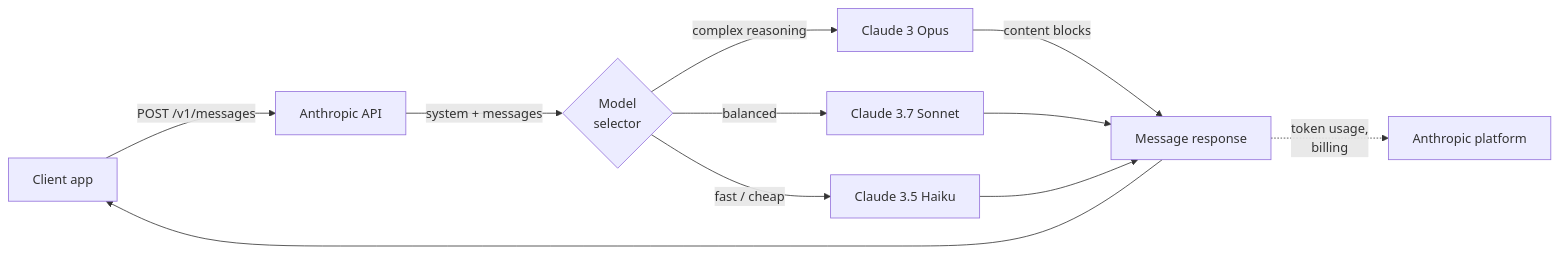
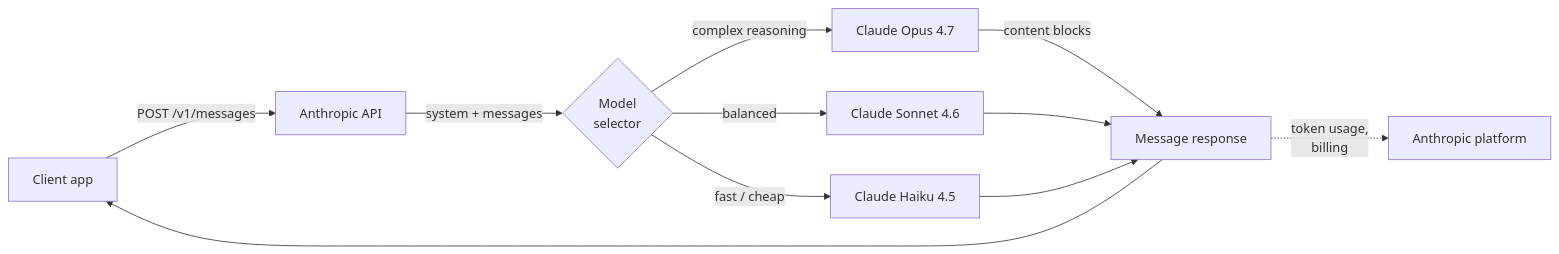
Before and after one commit to EmersonBraun/ai-summary-hub: the first of 3 diagrams in next/content/docs/en/model-providers/anthropic.mdx, drawn with Mermaid. The commit also changed other lines of this file and 211 other files, not shown here.

````diff
--- a/next/content/docs/en/model-providers/anthropic.mdx
+++ b/next/content/docs/en/model-providers/anthropic.mdx
@@ -24,13 +32,13 @@
 ```mermaid
 flowchart LR
   Client[Client app] -->|POST /v1/messages| API[Anthropic API]
   API -->|system + messages| Selector{Model\nselector}
-  Selector -->|complex reasoning| Opus[Claude 3 Opus]
-  Selector -->|balanced| Sonnet[Claude 3.7 Sonnet]
-  Selector -->|fast / cheap| Haiku[Claude 3.5 Haiku]
+  Selector -->|complex reasoning| Opus[Claude Opus 4.7]
+  Selector -->|balanced| Sonnet[Claude Sonnet 4.6]
+  Selector -->|fast / cheap| Haiku[Claude Haiku 4.5]
   Opus -->|content blocks| Resp[Message response]
   Sonnet --> Resp
   Haiku --> Resp
   Resp --> Client
   Resp -.->|token usage,\nbilling| Platform[Anthropic platform]
 ```
````
